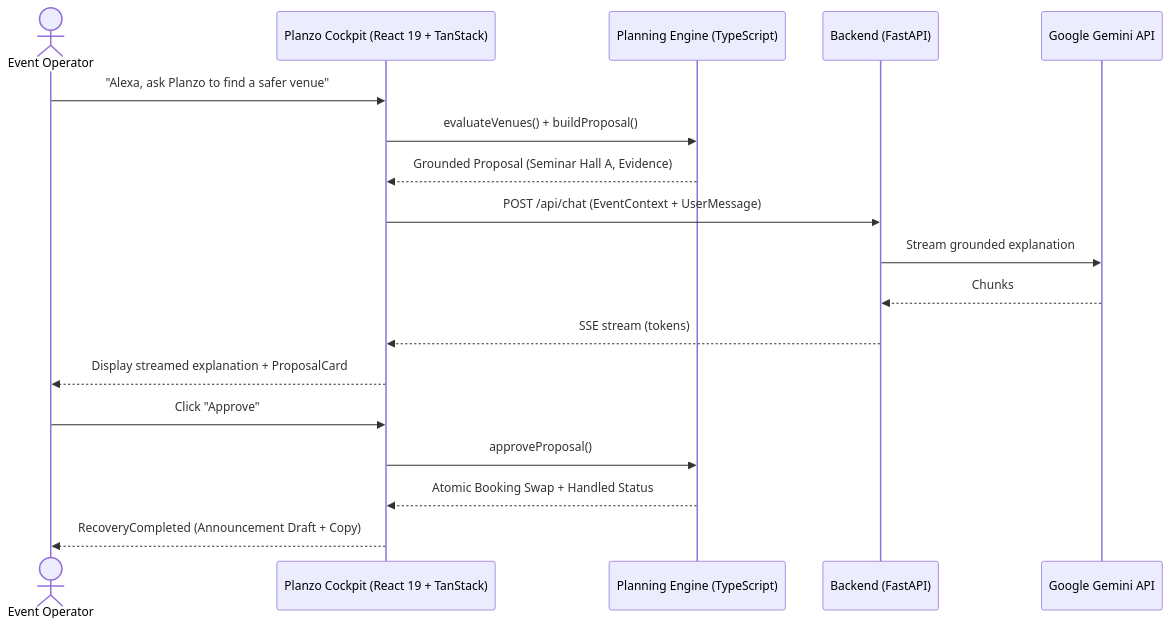
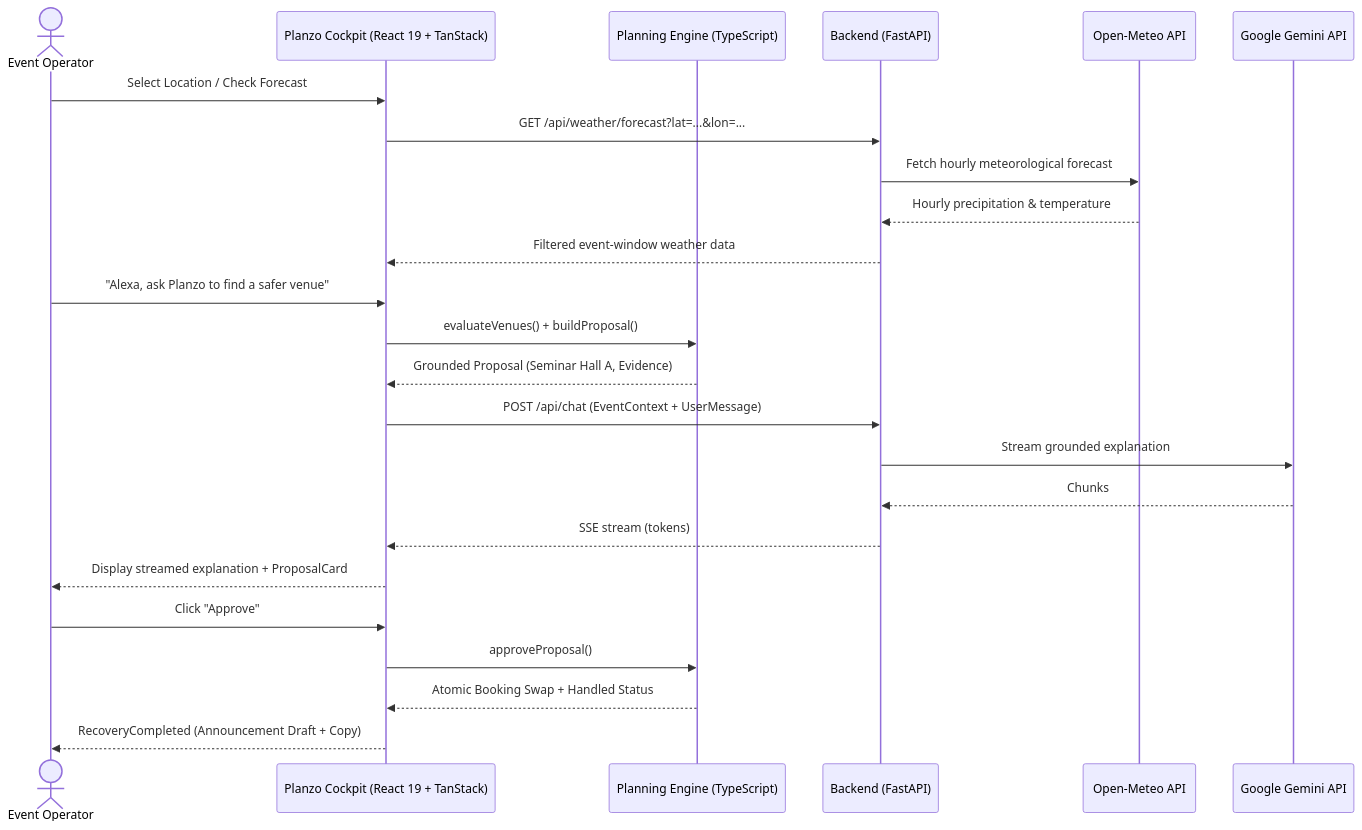
The diagram in docs/submission/project_description.md (NitishAwesome/planzo-ai), drawn with Mermaid before and after one commit. The commit also changed other lines of this file and 4 other files, not shown here.

````diff
--- a/docs/submission/project_description.md
+++ b/docs/submission/project_description.md
@@ -58,21 +72,27 @@
 ```mermaid
 sequenceDiagram
     actor Operator as Event Operator
     participant UI as Planzo Cockpit (React 19 + TanStack)
     participant Engine as Planning Engine (TypeScript)
     participant API as Backend (FastAPI)
+    participant Weather as Open-Meteo API
     participant Gemini as Google Gemini API
 
+    Operator->>UI: Select Location / Check Forecast
+    UI->>API: GET /api/weather/forecast?lat=...&lon=...
+    API->>Weather: Fetch hourly meteorological forecast
+    Weather-->>API: Hourly precipitation & temperature
+    API-->>UI: Filtered event-window weather data
     Operator->>UI: "Alexa, ask Planzo to find a safer venue"
     UI->>Engine: evaluateVenues() + buildProposal()
     Engine-->>UI: Grounded Proposal (Seminar Hall A, Evidence)
     UI->>API: POST /api/chat (EventContext + UserMessage)
     API->>Gemini: Stream grounded explanation
     Gemini-->>API: Chunks
     API-->>UI: SSE stream (tokens)
     UI-->>Operator: Display streamed explanation + ProposalCard
     Operator->>UI: Click "Approve"
     UI->>Engine: approveProposal()
     Engine-->>UI: Atomic Booking Swap + Handled Status
     UI-->>Operator: RecoveryCompleted (Announcement Draft + Copy)
 ```
````
